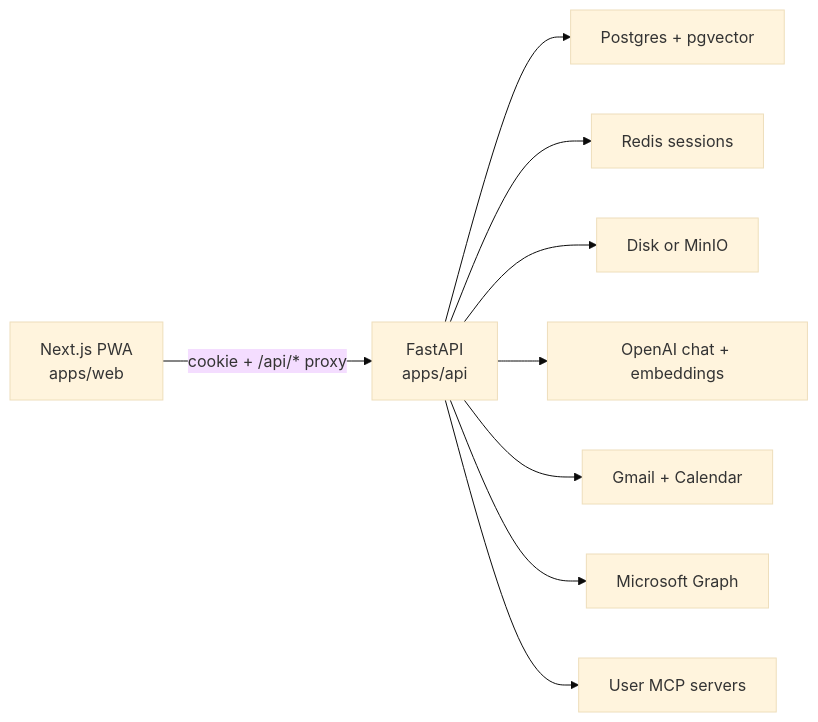
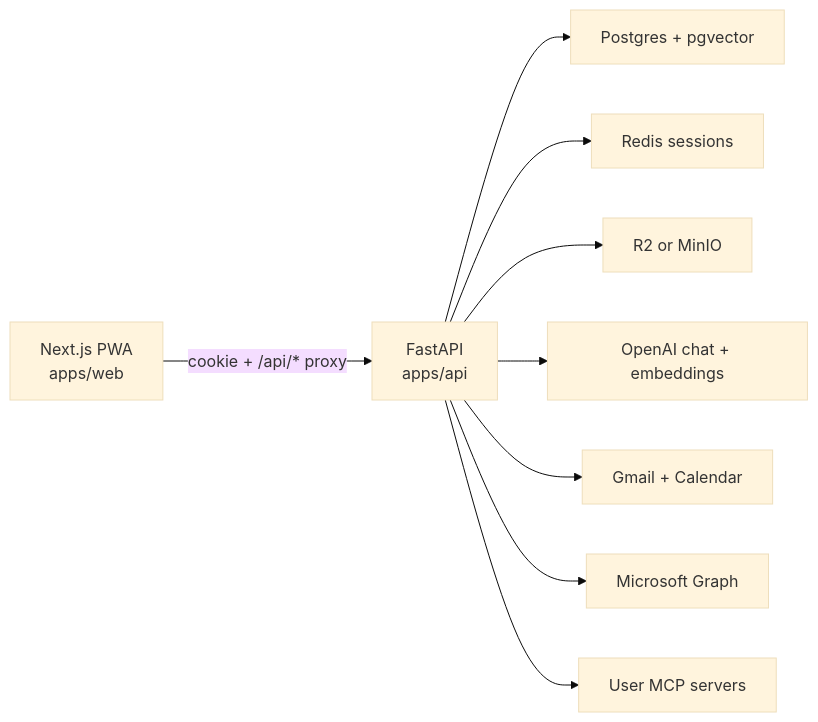
One commit to specialshweta26/Checkme changed the diagram in README.md. Above: the diagram before and after it, drawn with Mermaid (base theme). The commit also changed other lines of this file and 5 other files, not shown here.

First line of the commit message:
Remove the attachments disk from checkme-api.

````diff
--- a/README.md
+++ b/README.md
@@ -26,11 +26,11 @@
 ```mermaid
 flowchart LR
   Browser["Next.js PWA<br/>apps/web"] -->|"cookie + /api/* proxy"| API["FastAPI<br/>apps/api"]
   API --> PG["Postgres + pgvector"]
   API --> Redis["Redis sessions"]
-  API --> Store["Disk or MinIO"]
+  API --> Store["R2 or MinIO"]
   API --> OpenAI["OpenAI chat + embeddings"]
   API --> Gmail["Gmail + Calendar"]
   API --> Graph["Microsoft Graph"]
   API --> MCP["User MCP servers"]
 ```
````
